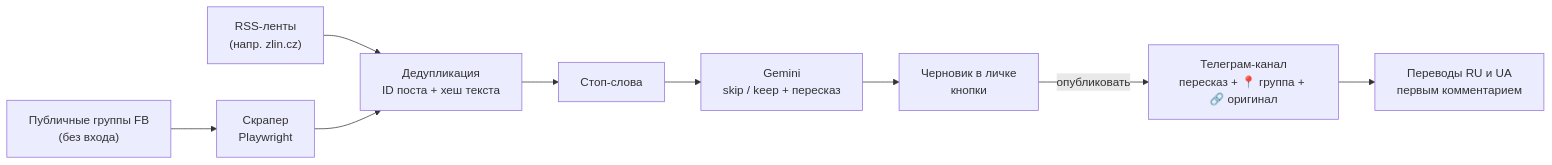
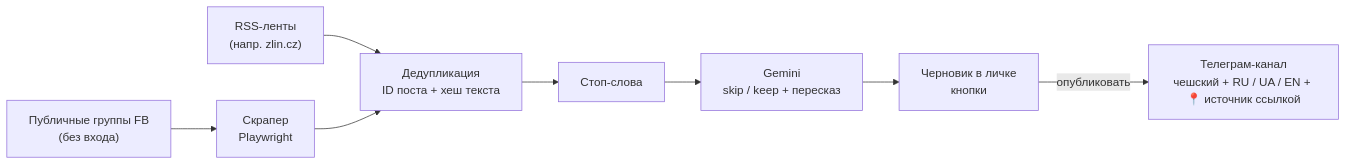
One commit to S1gnes/zlin changed the diagram in README.md. Above: the diagram before and after it, drawn with Mermaid. The commit also changed other lines of this file and 12 other files, not shown here.

````diff
--- a/README.md
+++ b/README.md
@@ -17,11 +17,10 @@
 ```mermaid
 flowchart LR
     FB["Публичные группы FB<br/>(без входа)"] --> S["Скрапер<br/>Playwright"]
     RSS["RSS-ленты<br/>(напр. zlin.cz)"] --> D
     S --> D["Дедупликация<br/>ID поста + хеш текста"]
     D --> F["Стоп-слова"]
     F --> G["Gemini<br/>skip / keep + пересказ"]
     G --> A["Черновик в личке<br/>кнопки"]
-    A -->|опубликовать| C["Телеграм-канал<br/>пересказ + 📍 группа + 🔗 оригинал"]
-    C --> T["Переводы RU и UA<br/>первым комментарием"]
+    A -->|опубликовать| C["Телеграм-канал<br/>чешский + RU / UA / EN + 📍 источник ссылкой"]
 ```
````
